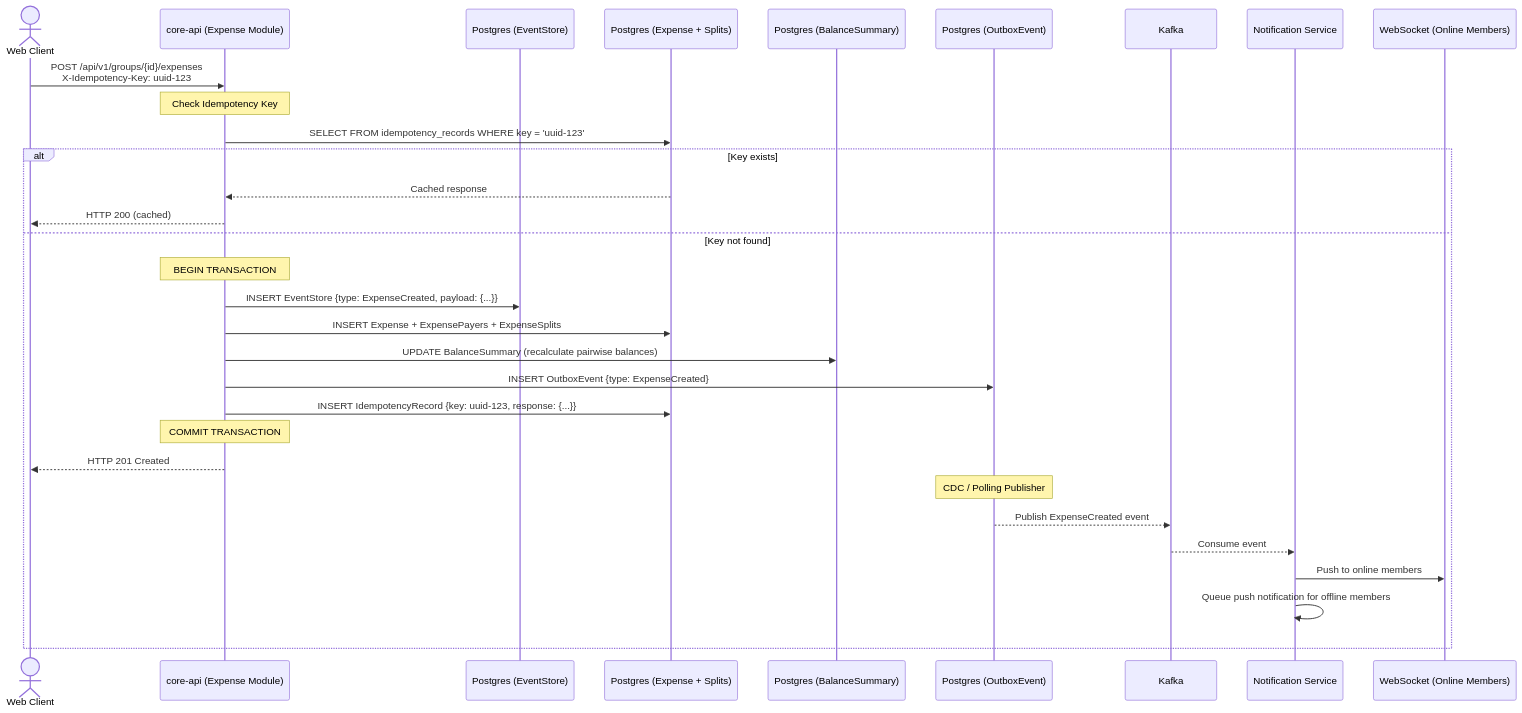
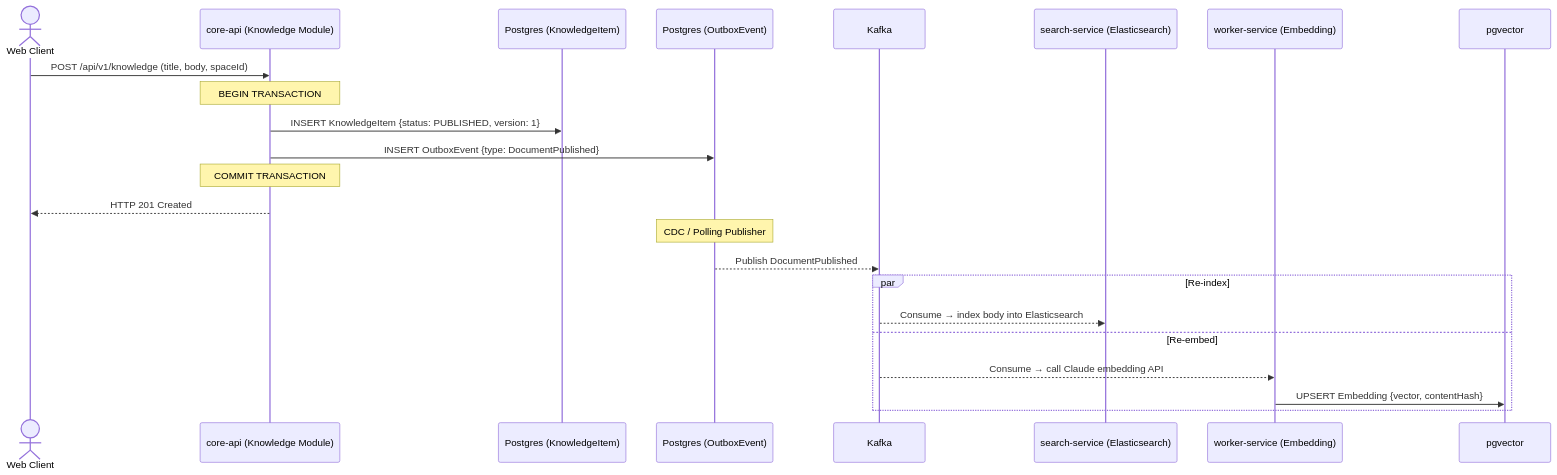
The second of 7 diagrams in docs/03_system_architecture_diagrams.md (minhle106cse/distributed-social-platform), drawn with Mermaid before and after one commit. The commit also changed other lines of this file and 49 other files, not shown here.

````diff
--- a/docs/03_system_architecture_diagrams.md
+++ b/docs/03_system_architecture_diagrams.md
@@ -161,37 +155,28 @@
 ```mermaid
 sequenceDiagram
     actor User as Web Client
-    participant API as core-api (Expense Module)
-    participant ES as Postgres (EventStore)
-    participant DB as Postgres (Expense + Splits)
-    participant RM as Postgres (BalanceSummary)
+    participant API as core-api (Knowledge Module)
+    participant DB as Postgres (KnowledgeItem)
     participant Outbox as Postgres (OutboxEvent)
     participant Kafka as Kafka
-    participant Notif as Notification Service
-    participant WS as WebSocket (Online Members)
+    participant Search as search-service (Elasticsearch)
+    participant Worker as worker-service (Embedding)
+    participant PG as pgvector
 
-    User->>API: POST /api/v1/groups/{id}/expenses<br/>X-Idempotency-Key: uuid-123
+    User->>API: POST /api/v1/knowledge (title, body, spaceId)
 
-    Note over API: Check Idempotency Key
-    API->>DB: SELECT FROM idempotency_records WHERE key = 'uuid-123'
-    alt Key exists
-        DB-->>API: Cached response
-        API-->>User: HTTP 200 (cached)
-    else Key not found
-        Note over API: BEGIN TRANSACTION
-        API->>ES: INSERT EventStore {type: ExpenseCreated, payload: {...}}
-        API->>DB: INSERT Expense + ExpensePayers + ExpenseSplits
-        API->>RM: UPDATE BalanceSummary (recalculate pairwise balances)
-        API->>Outbox: INSERT OutboxEvent {type: ExpenseCreated}
-        API->>DB: INSERT IdempotencyRecord {key: uuid-123, response: {...}}
-        Note over API: COMMIT TRANSACTION
+    Note over API: BEGIN TRANSACTION
+    API->>DB: INSERT KnowledgeItem {status: PUBLISHED, version: 1}
+    API->>Outbox: INSERT OutboxEvent {type: DocumentPublished}
+    Note over API: COMMIT TRANSACTION
+    API-->>User: HTTP 201 Created
 
-        API-->>User: HTTP 201 Created
-
-        Note over Outbox: CDC / Polling Publisher
-        Outbox-->>Kafka: Publish ExpenseCreated event
-        Kafka-->>Notif: Consume event
-        Notif->>WS: Push to online members
-        Notif->>Notif: Queue push notification for offline members
+    Note over Outbox: CDC / Polling Publisher
+    Outbox-->>Kafka: Publish DocumentPublished
+    par Re-index
+        Kafka-->>Search: Consume → index body into Elasticsearch
+    and Re-embed
+        Kafka-->>Worker: Consume → call Claude embedding API
+        Worker->>PG: UPSERT Embedding {vector, contentHash}
     end
 ```
````
